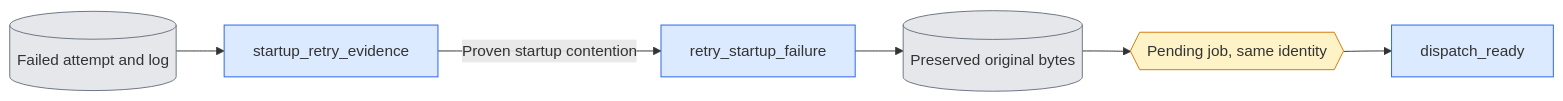
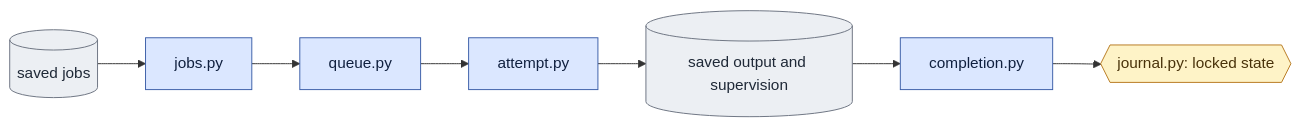
One commit to AtlantixJJ/LTX-2 changed the diagram in scripts/onestep_avatar/doc/execution/queue.md. Above: the diagram before and after it, drawn with Mermaid. The commit also changed other lines of this file and 121 other files, not shown here.

````diff
--- a/scripts/onestep_avatar/doc/execution/queue.md
+++ b/scripts/onestep_avatar/doc/execution/queue.md
@@ -310,14 +90,12 @@
 ```mermaid
 flowchart LR
-  log[(Failed attempt and log)] --> check[startup_retry_evidence]
-  check -->|Proven startup contention| preserve[retry_startup_failure]
-  preserve --> archive[(Preserved original bytes)]
-  archive --> pending{{Pending job, same identity}}
-  pending --> next[dispatch_ready]
-  classDef code fill:#dbeafe,stroke:#2563eb
-  classDef data fill:#e5e7eb,stroke:#6b7280
-  classDef mutable fill:#fef3c7,stroke:#d97706
-  class check,preserve,next code
-  class log,archive data
-  class pending mutable
+  input[("saved jobs")] --> jobs["jobs.py"] --> queue["queue.py"] --> attempt["attempt.py"]
+  attempt --> output[("saved output and supervision")]
+  output --> completion["completion.py"] --> journal{{"journal.py: locked state"}}
+  classDef code fill:#dbe7ff,stroke:#3b5ea8,color:#10203f;
+  classDef disk fill:#eceff3,stroke:#6b7280,color:#1f2937;
+  classDef state fill:#fef3c7,stroke:#b7791f,color:#49320a;
+  class jobs,queue,attempt,completion code;
+  class input,output disk;
+  class journal state;
 ```
````
